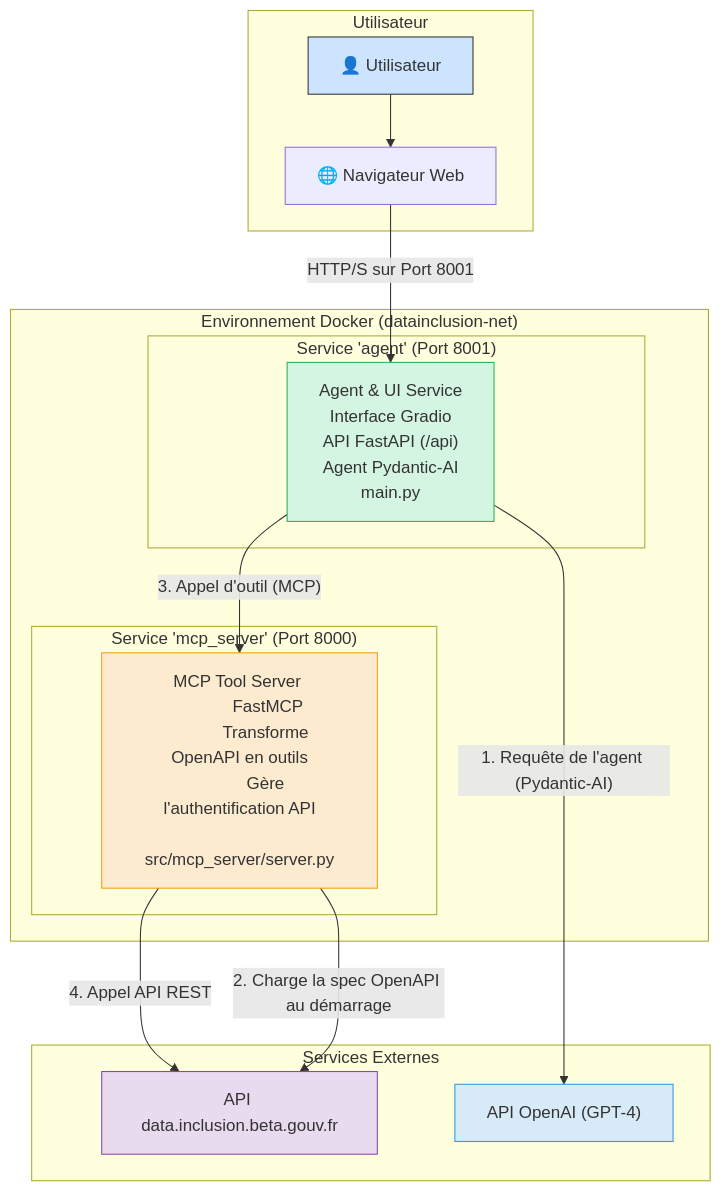
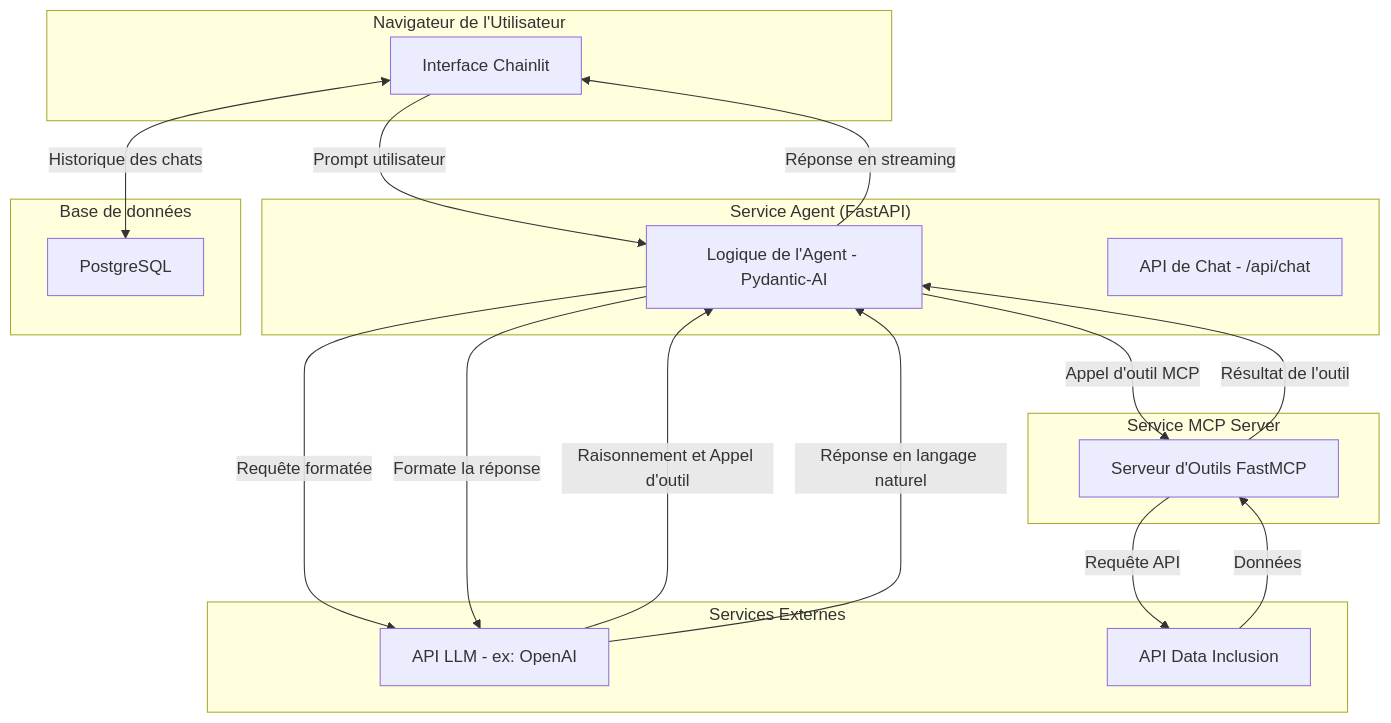
One commit to drewano/France-GPT changed the diagram in README.md. Above: the diagram before and after it, drawn with Mermaid. The commit also changed other lines of this file and 7 other files, not shown here.

````diff
--- a/README.md
+++ b/README.md
@@ -45,43 +35,37 @@
 ```mermaid
 graph TD
-    subgraph "Utilisateur"
-        User[👤 Utilisateur] --> Browser[🌐 Navigateur Web]
+    subgraph "Navigateur de l'Utilisateur"
+        A[Interface Chainlit]
+    end
+
+    subgraph "Service Agent (FastAPI)"
+        B[Logique de l'Agent - Pydantic-AI]
+        C[API de Chat - /api/chat]
+    end
+
+    subgraph "Service MCP Server"
+        D[Serveur d'Outils FastMCP]
     end
 
     subgraph "Services Externes"
-        DataInclusionAPI["API data.inclusion.beta.gouv.fr"]
-        OpenAI_API["API OpenAI (GPT-4)"]
+        E[API LLM - ex: OpenAI]
+        F[API Data Inclusion]
     end
 
-    subgraph "Environnement Docker (datainclusion-net)"
-        Browser -- "HTTP/S sur Port 8001" --> AgentService
-        
-        AgentService -- "1. Requête de l'agent (Pydantic-AI)" --> OpenAI_API
-        AgentService -- "3. Appel d'outil (MCP)" --> MCPServer
-
-        MCPServer -- "4. Appel API REST" --> DataInclusionAPI
-        MCPServer -- "2. Charge la spec OpenAPI au démarrage" --> DataInclusionAPI
-
-        subgraph "Service 'agent' (Port 8001)"
-            AgentService["Agent & UI Service
-            Interface Gradio
-            API FastAPI (/api)
-            Agent Pydantic-AI
-            main.py"]
-        end
-        
-        subgraph "Service 'mcp_server' (Port 8000)"
-            MCPServer["MCP Tool Server 
-            FastMCP
-            Transforme OpenAPI en outils
-            Gère l'authentification API
-            src/mcp_server/server.py"]
-        end
+    subgraph "Base de données"
+        G[PostgreSQL]
     end
 
-    style User fill:#cde4ff,stroke:#333
-    style AgentService fill:#d5f5e3,stroke:#27ae60
-    style MCPServer fill:#fdebd0,stroke:#f39c12
-    style DataInclusionAPI fill:#e8daef,stroke:#8e44ad
-    style OpenAI_API fill:#d6eaf8,stroke:#3498db
+    A -- Prompt utilisateur --> B
+    B -- Requête formatée --> E
+    E -- Raisonnement et Appel d'outil --> B
+    B -- Appel d'outil MCP --> D
+    D -- Requête API --> F
+    F -- Données --> D
+    D -- Résultat de l'outil --> B
+    B -- Formate la réponse --> E
+    E -- Réponse en langage naturel --> B
+    B -- Réponse en streaming --> A
+    A <-->|Historique des chats| G
+
 ```
````
